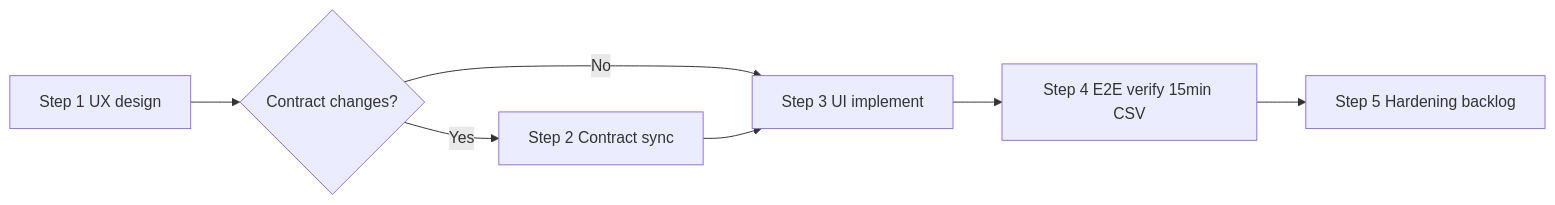
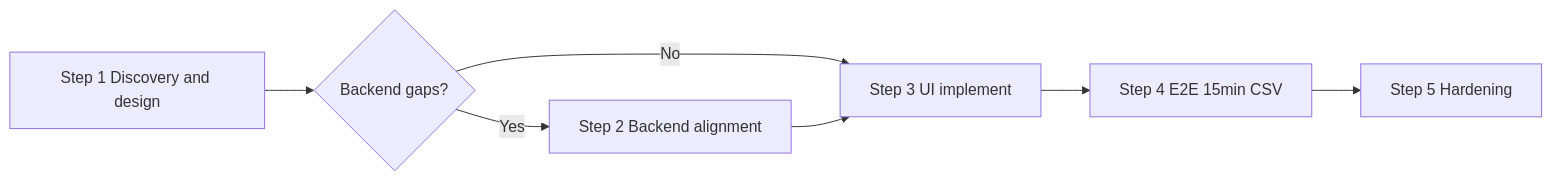
Before and after one commit to alam2310/viana-core: the diagram in docs/steps/PLAN.md, drawn with Mermaid. The commit also changed other lines of this file and 11 other files, not shown here.

First line of the commit message:
Add Step 1 discovery workflow and Step 2 backend alignment plan.

````diff
--- a/docs/steps/PLAN.md
+++ b/docs/steps/PLAN.md
@@ -26,9 +26,9 @@
 ```mermaid
 flowchart LR
-    S1[Step 1 UX design] --> B{Contract changes?}
-    B -->|Yes| S2[Step 2 Contract sync]
-    B -->|No| S3[Step 3 UI implement]
+    S1[Step 1 Discovery and design] --> G{Backend gaps?}
+    G -->|Yes| S2[Step 2 Backend alignment]
+    G -->|No| S3[Step 3 UI implement]
     S2 --> S3
-    S3 --> S4[Step 4 E2E verify 15min CSV]
-    S4 --> S5[Step 5 Hardening backlog]
+    S3 --> S4[Step 4 E2E 15min CSV]
+    S4 --> S5[Step 5 Hardening]
 ```
````
